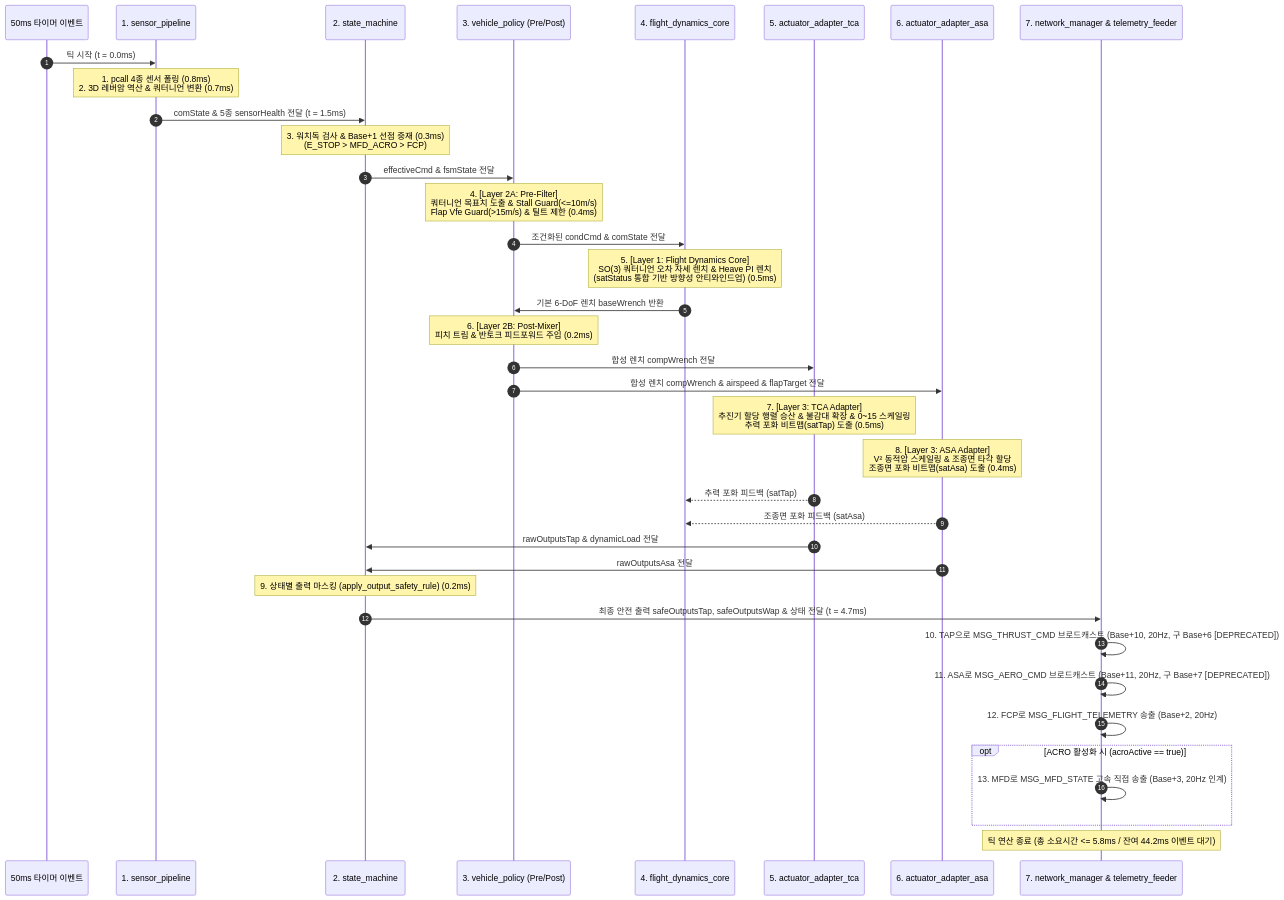
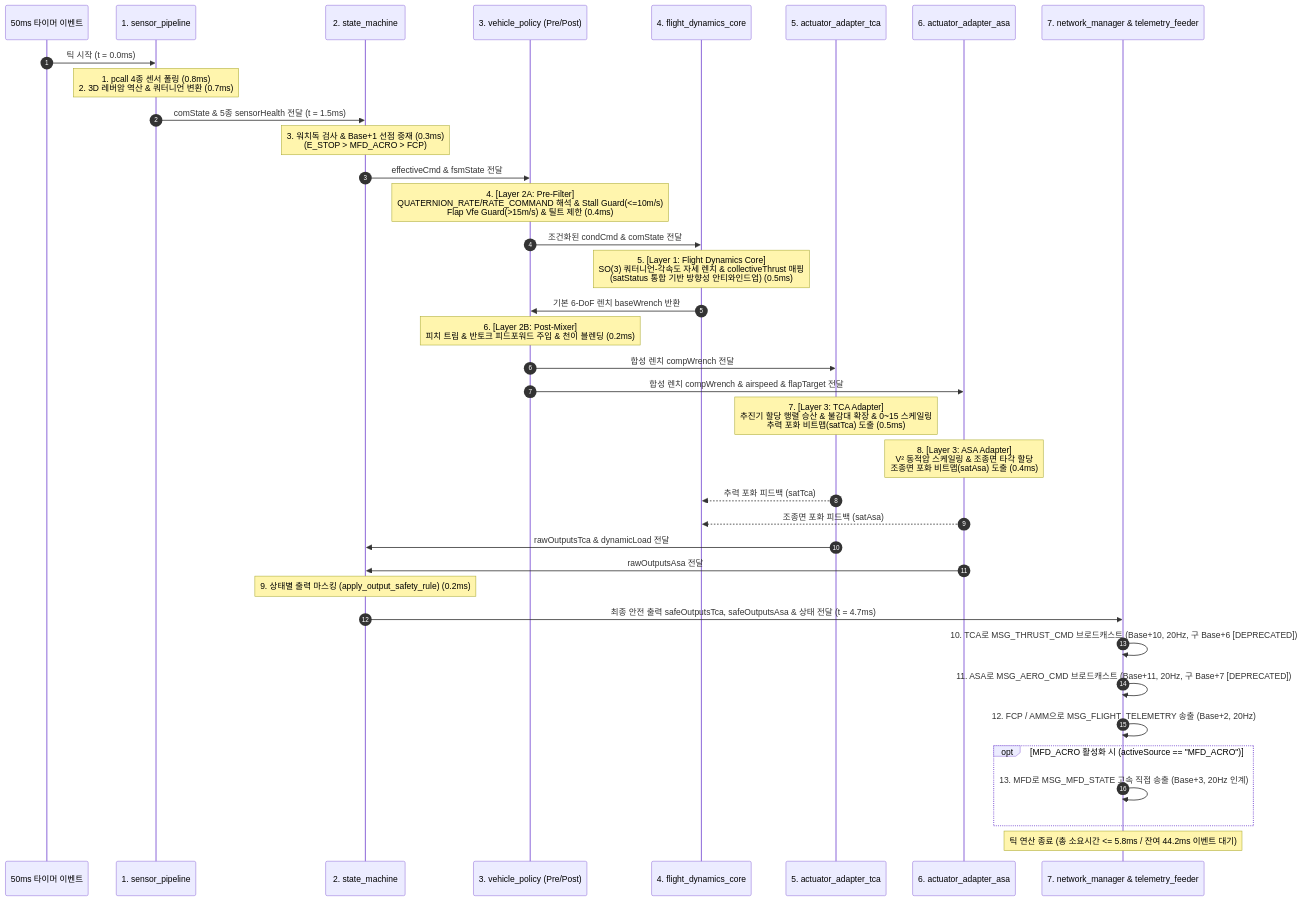
The second of 4 diagrams in docs/specs/1_control/vas/VAS_PROGRAM_SPECIFICATION.md (Polimachi/Aeroneutics_Autopilot), drawn with Mermaid before and after one commit. The commit also changed other lines of this file and 18 other files, not shown here.

````diff
--- a/docs/specs/1_control/vas/VAS_PROGRAM_SPECIFICATION.md
+++ b/docs/specs/1_control/vas/VAS_PROGRAM_SPECIFICATION.md
@@ -230,40 +236,40 @@
 ```mermaid
 sequenceDiagram
     autonumber
     participant T as 50ms 타이머 이벤트
     participant S as 1. sensor_pipeline
     participant F as 2. state_machine
     participant P as 3. vehicle_policy (Pre/Post)
     participant C as 4. flight_dynamics_core
-    participant A_TAP as 5. actuator_adapter_tca
+    participant A_TCA as 5. actuator_adapter_tca
     participant A_ASA as 6. actuator_adapter_asa
     participant COM as 7. network_manager & telemetry_feeder
 
     T->>S: 틱 시작 (t = 0.0ms)
     Note over S: 1. pcall 4종 센서 폴링 (0.8ms)<br/>2. 3D 레버암 역산 & 쿼터니언 변환 (0.7ms)
     S->>F: comState & 5종 sensorHealth 전달 (t = 1.5ms)
     Note over F: 3. 워치독 검사 & Base+1 선점 중재 (0.3ms)<br/>(E_STOP > MFD_ACRO > FCP)
     F->>P: effectiveCmd & fsmState 전달
-    Note over P: 4. [Layer 2A: Pre-Filter]<br/>쿼터니언 목표치 도출 & Stall Guard(<=10m/s)<br/>Flap Vfe Guard(>15m/s) & 틸트 제한 (0.4ms)
+    Note over P: 4. [Layer 2A: Pre-Filter]<br/>QUATERNION_RATE/RATE_COMMAND 해석 & Stall Guard(<=10m/s)<br/>Flap Vfe Guard(>15m/s) & 틸트 제한 (0.4ms)
     P->>C: 조건화된 condCmd & comState 전달
-    Note over C: 5. [Layer 1: Flight Dynamics Core]<br/>SO(3) 쿼터니언 오차 자세 렌치 & Heave PI 렌치<br/>(satStatus 통합 기반 방향성 안티와인드업) (0.5ms)
+    Note over C: 5. [Layer 1: Flight Dynamics Core]<br/>SO(3) 쿼터니언-각속도 자세 렌치 & collectiveThrust 매핑<br/>(satStatus 통합 기반 방향성 안티와인드업) (0.5ms)
     C->>P: 기본 6-DoF 렌치 baseWrench 반환
-    Note over P: 6. [Layer 2B: Post-Mixer]<br/>피치 트림 & 반토크 피드포워드 주입 (0.2ms)
-    P->>A_TAP: 합성 렌치 compWrench 전달
+    Note over P: 6. [Layer 2B: Post-Mixer]<br/>피치 트림 & 반토크 피드포워드 주입 & 천이 블렌딩 (0.2ms)
+    P->>A_TCA: 합성 렌치 compWrench 전달
     P->>A_ASA: 합성 렌치 compWrench & airspeed & flapTarget 전달
-    Note over A_TAP: 7. [Layer 3: TCA Adapter]<br/>추진기 할당 행렬 승산 & 불감대 확장 & 0~15 스케일링<br/>추력 포화 비트맵(satTap) 도출 (0.5ms)
+    Note over A_TCA: 7. [Layer 3: TCA Adapter]<br/>추진기 할당 행렬 승산 & 불감대 확장 & 0~15 스케일링<br/>추력 포화 비트맵(satTca) 도출 (0.5ms)
     Note over A_ASA: 8. [Layer 3: ASA Adapter]<br/>V² 동적압 스케일링 & 조종면 타각 할당<br/>조종면 포화 비트맵(satAsa) 도출 (0.4ms)
-    A_TAP-->>C: 추력 포화 피드백 (satTap)
+    A_TCA-->>C: 추력 포화 피드백 (satTca)
     A_ASA-->>C: 조종면 포화 피드백 (satAsa)
-    A_TAP->>F: rawOutputsTap & dynamicLoad 전달
+    A_TCA->>F: rawOutputsTca & dynamicLoad 전달
     A_ASA->>F: rawOutputsAsa 전달
     Note over F: 9. 상태별 출력 마스킹 (apply_output_safety_rule) (0.2ms)
-    F->>COM: 최종 안전 출력 safeOutputsTap, safeOutputsWap & 상태 전달 (t = 4.7ms)
-    COM->>COM: 10. TAP으로 MSG_THRUST_CMD 브로드캐스트 (Base+10, 20Hz, 구 Base+6 [DEPRECATED])
+    F->>COM: 최종 안전 출력 safeOutputsTca, safeOutputsAsa & 상태 전달 (t = 4.7ms)
+    COM->>COM: 10. TCA로 MSG_THRUST_CMD 브로드캐스트 (Base+10, 20Hz, 구 Base+6 [DEPRECATED])
     COM->>COM: 11. ASA로 MSG_AERO_CMD 브로드캐스트 (Base+11, 20Hz, 구 Base+7 [DEPRECATED])
-    COM->>COM: 12. FCP로 MSG_FLIGHT_TELEMETRY 송출 (Base+2, 20Hz)
-    opt ACRO 활성화 시 (acroActive == true)
+    COM->>COM: 12. FCP / AMM으로 MSG_FLIGHT_TELEMETRY 송출 (Base+2, 20Hz)
+    opt MFD_ACRO 활성화 시 (activeSource == "MFD_ACRO")
         COM->>COM: 13. MFD로 MSG_MFD_STATE 고속 직접 송출 (Base+3, 20Hz 인계)
     end
     Note over COM: 틱 연산 종료 (총 소요시간 <= 5.8ms / 잔여 44.2ms 이벤트 대기)
 ```
````
